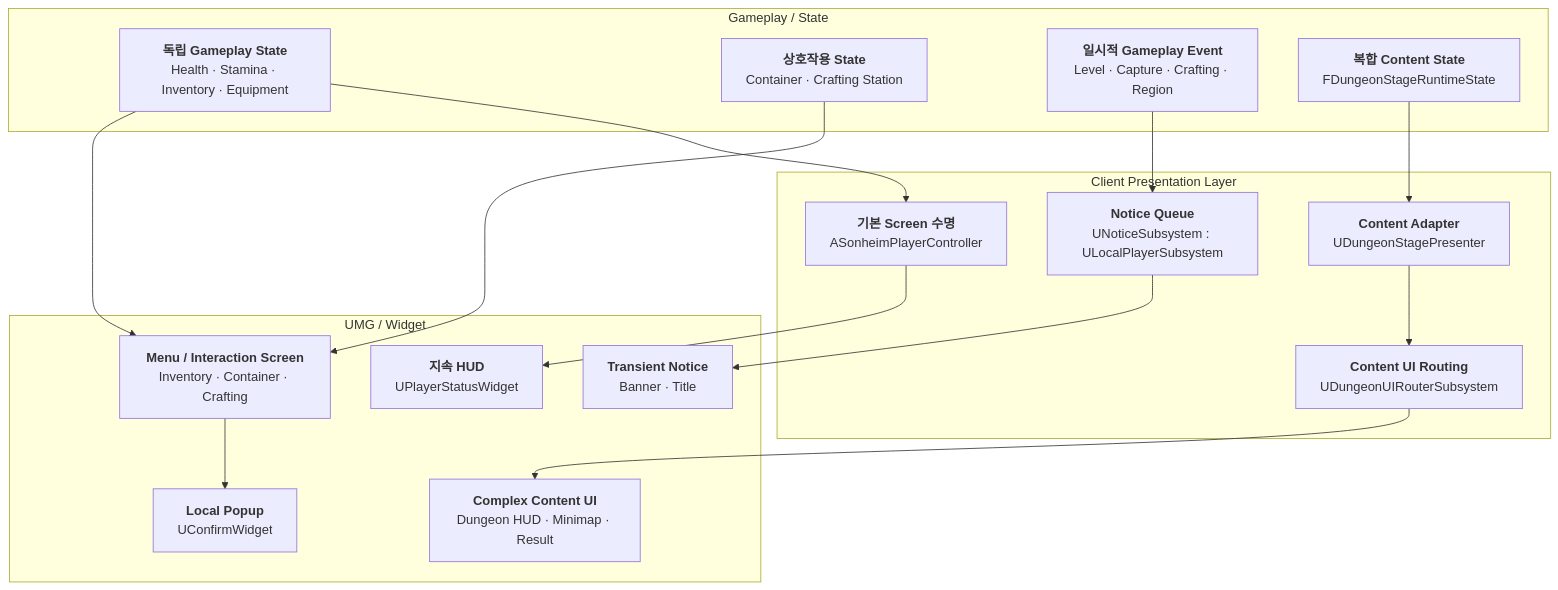
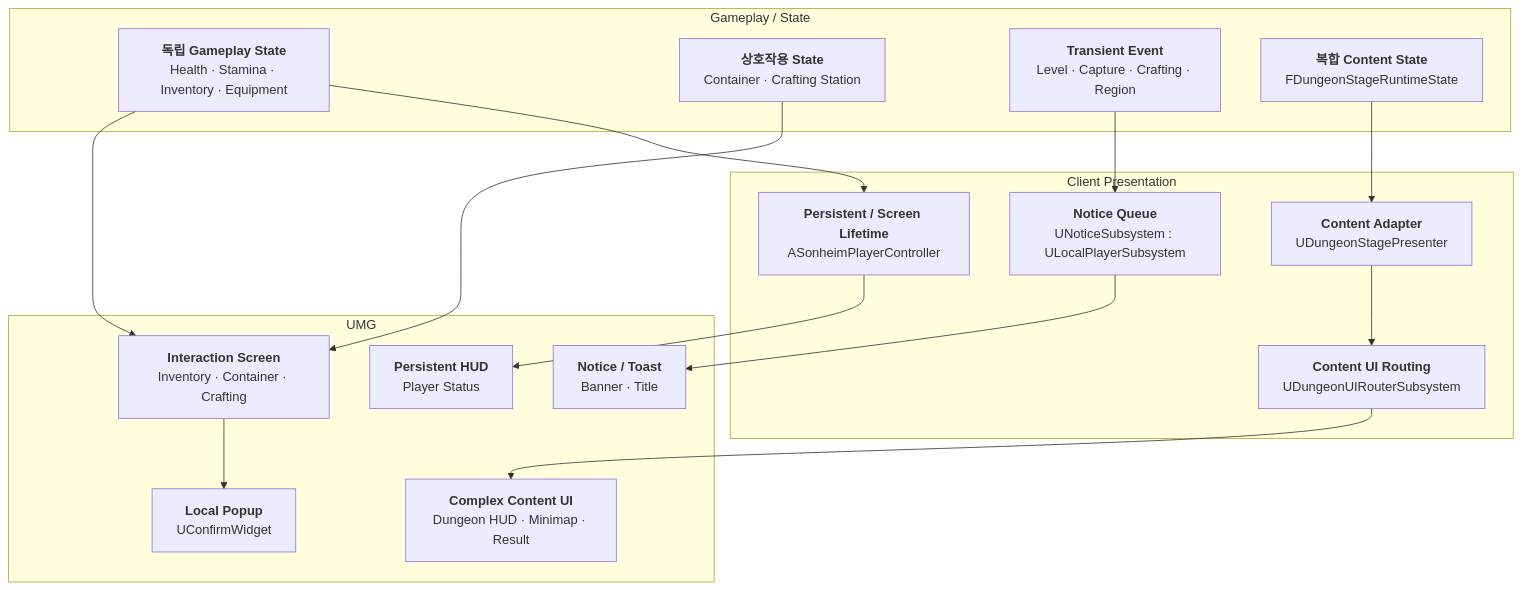
The first of 3 diagrams in Doc/Wiki/11_Client_State_Presentation_Pipeline.md (chungheonLee0325/Sonheim), drawn with Mermaid before and after one commit. The commit also changed other lines of this file, not shown here.

Commit message:
docs: restructure ui architecture around actual screen lifecycles

```diff
--- a/Doc/Wiki/11_Client_State_Presentation_Pipeline.md
+++ b/Doc/Wiki/11_Client_State_Presentation_Pipeline.md
@@ -17,34 +5,31 @@
 ~~~mermaid
 flowchart TB
     subgraph SOURCE["Gameplay / State"]
         COMP["<b>독립 Gameplay State</b><br/>Health · Stamina · Inventory · Equipment"]
         WORLD["<b>상호작용 State</b><br/>Container · Crafting Station"]
-        EVENT["<b>일시적 Gameplay Event</b><br/>Level · Capture · Crafting · Region"]
+        EVENT["<b>Transient Event</b><br/>Level · Capture · Crafting · Region"]
         SNAP["<b>복합 Content State</b><br/>FDungeonStageRuntimeState"]
     end
 
-    subgraph PRESENT["Client Presentation Layer"]
-        CTRL["<b>기본 Screen 수명</b><br/>ASonheimPlayerController"]
+    subgraph PRESENT["Client Presentation"]
+        CTRL["<b>Persistent / Screen Lifetime</b><br/>ASonheimPlayerController"]
         NOTICE["<b>Notice Queue</b><br/>UNoticeSubsystem : ULocalPlayerSubsystem"]
         PRESENTER["<b>Content Adapter</b><br/>UDungeonStagePresenter"]
         ROUTER["<b>Content UI Routing</b><br/>UDungeonUIRouterSubsystem"]
     end
 
-    subgraph UMG["UMG / Widget"]
-        HUD["<b>지속 HUD</b><br/>UPlayerStatusWidget"]
-        SCREEN["<b>Menu / Interaction Screen</b><br/>Inventory · Container · Crafting"]
+    subgraph UMG["UMG"]
+        HUD["<b>Persistent HUD</b><br/>Player Status"]
+        SCREEN["<b>Interaction Screen</b><br/>Inventory · Container · Crafting"]
         POPUP["<b>Local Popup</b><br/>UConfirmWidget"]
-        TOAST["<b>Transient Notice</b><br/>Banner · Title"]
-        DUNGEON["<b>Complex Content UI</b><br/>Dungeon HUD · Minimap · Result"]
+        TOAST["<b>Notice / Toast</b><br/>Banner · Title"]
+        CONTENT["<b>Complex Content UI</b><br/>Dungeon HUD · Minimap · Result"]
     end
 
     COMP --> CTRL --> HUD
     COMP --> SCREEN
     WORLD --> SCREEN
     SCREEN --> POPUP
-
     EVENT --> NOTICE --> TOAST
-
-    SNAP --> PRESENTER
-    PRESENTER --> ROUTER --> DUNGEON
+    SNAP --> PRESENTER --> ROUTER --> CONTENT
 ~~~
```
